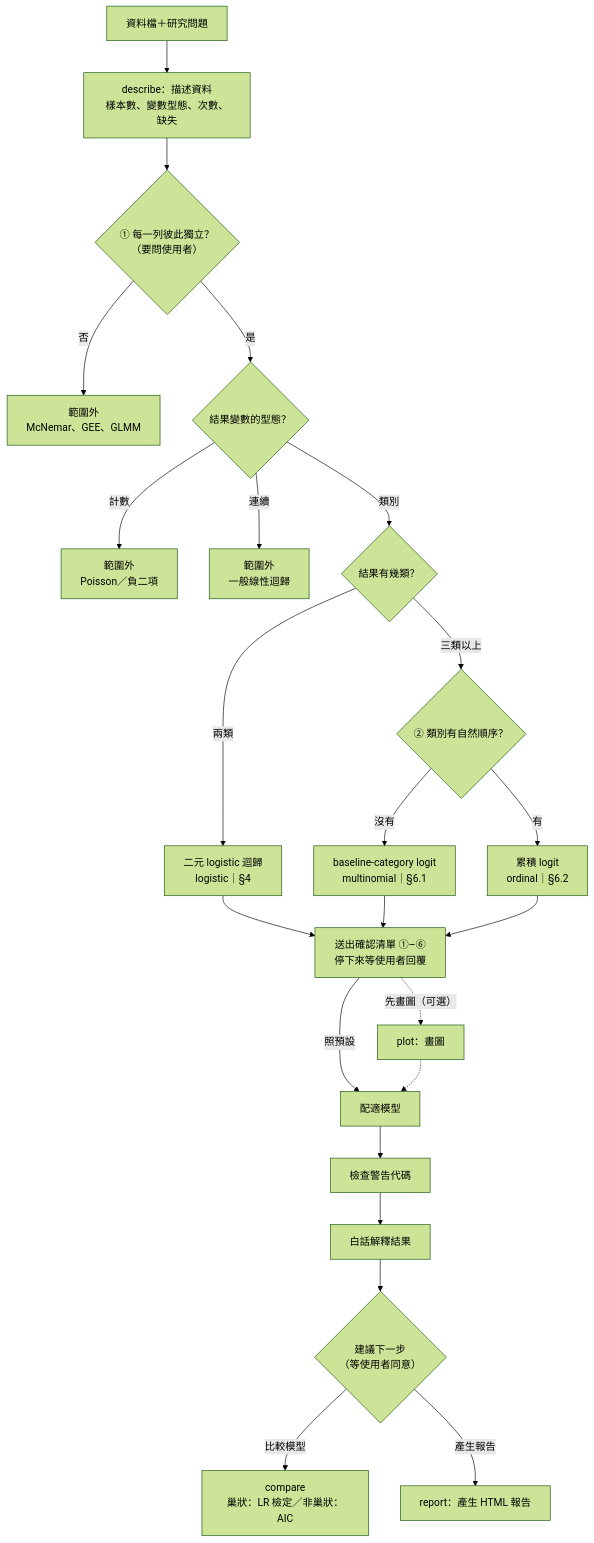
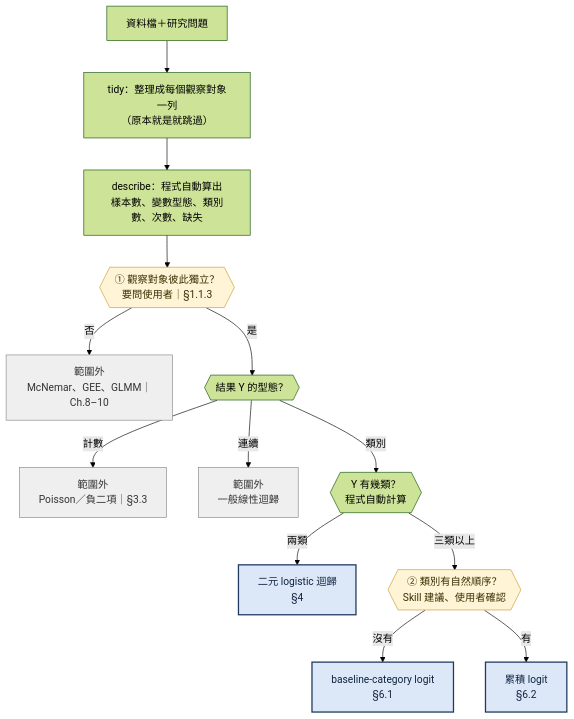
One commit to r26141104/categorical-modeling changed the first of 2 diagrams in README.md. Above: the diagram before and after it, drawn with Mermaid (forest theme). The commit also changed other lines of this file and 14 other files, not shown here.

````diff
--- a/README.md
+++ b/README.md
@@ -50,25 +54,22 @@
 ```mermaid
 flowchart TD
- A["資料檔＋研究問題"] --> B["describe：描述資料<br>樣本數、變數型態、次數、缺失"]
- B --> C{"① 每一列彼此獨立？<br>（要問使用者）"}
- C -->|否| Z1["範圍外<br>McNemar、GEE、GLMM"]
- C -->|是| E{"結果變數的型態？"}
- E -->|計數| Z2["範圍外<br>Poisson／負二項"]
+ A0["資料檔＋研究問題"] --> A1["tidy：整理成每個觀察對象一列<br>（原本就是就跳過）"]
+ A1 --> B["describe：程式自動算出<br>樣本數、變數型態、類別數、次數、缺失"]
+ B --> C{{"① 觀察對象彼此獨立？<br>要問使用者｜§1.1.3"}}
+ C -->|否| Z1["範圍外<br>McNemar、GEE、GLMM｜Ch.8–10"]
+ C -->|是| E{{"結果 Y 的型態？"}}
+ E -->|計數| Z2["範圍外<br>Poisson／負二項｜§3.3"]
  E -->|連續| Z3["範圍外<br>一般線性迴歸"]
- E -->|類別| F{"結果有幾類？"}
- F -->|兩類| M1["二元 logistic 迴歸<br>logistic｜§4"]
- F -->|三類以上| G{"② 類別有自然順序？"}
- G -->|沒有| M2["baseline-category logit<br>multinomial｜§6.1"]
- G -->|有| M3["累積 logit<br>ordinal｜§6.2"]
- M1 --> K["送出確認清單 ①–⑥<br>停下來等使用者回覆"]
- M2 --> K
- M3 --> K
- K -.->|先畫圖（可選）| P["plot：畫圖"]
- K -->|照預設| L["配適模型"]
- P -.-> L
- L --> W["檢查警告代碼"]
- W --> R["白話解釋結果"]
- R --> Q{"建議下一步<br>（等使用者同意）"}
- Q -->|比較模型| T["compare<br>巢狀：LR 檢定／非巢狀：AIC"]
- Q -->|產生報告| V["report：產生 HTML 報告"]
+ E -->|類別| F{{"Y 有幾類？<br>程式自動計算"}}
+ F -->|兩類| M1["二元 logistic 迴歸<br>§4"]
+ F -->|三類以上| G{{"② 類別有自然順序？<br>Skill 建議、使用者確認"}}
+ G -->|沒有| M2["baseline-category logit<br>§6.1"]
+ G -->|有| M3["累積 logit<br>§6.2"]
+
+ classDef ask fill:#FFF4D6,stroke:#C99A2E,color:#3A2E00
+ classDef model fill:#DCE8F7,stroke:#1F3A5F,stroke-width:2px,color:#10233F
+ classDef stop fill:#EFEFEF,stroke:#888,color:#333
+ class C,G ask
+ class M1,M2,M3 model
+ class Z1,Z2,Z3 stop
 ```
````
